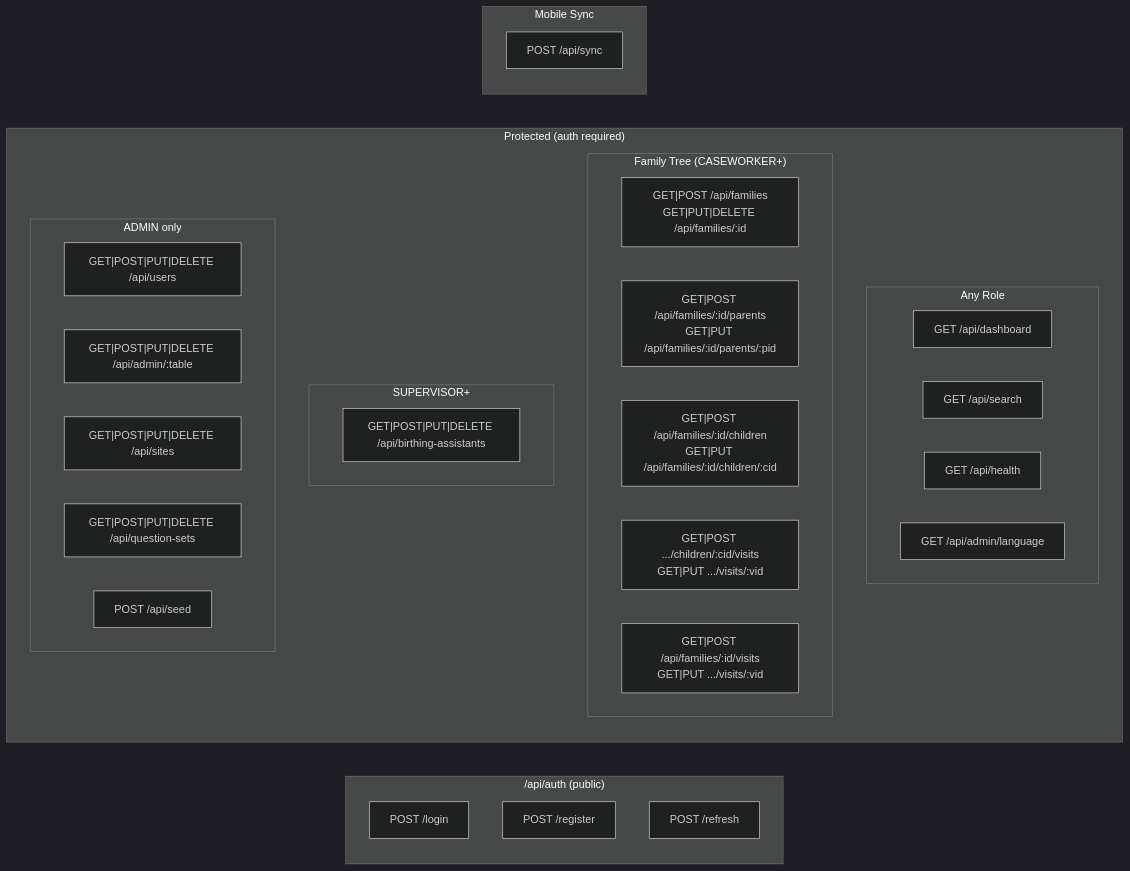
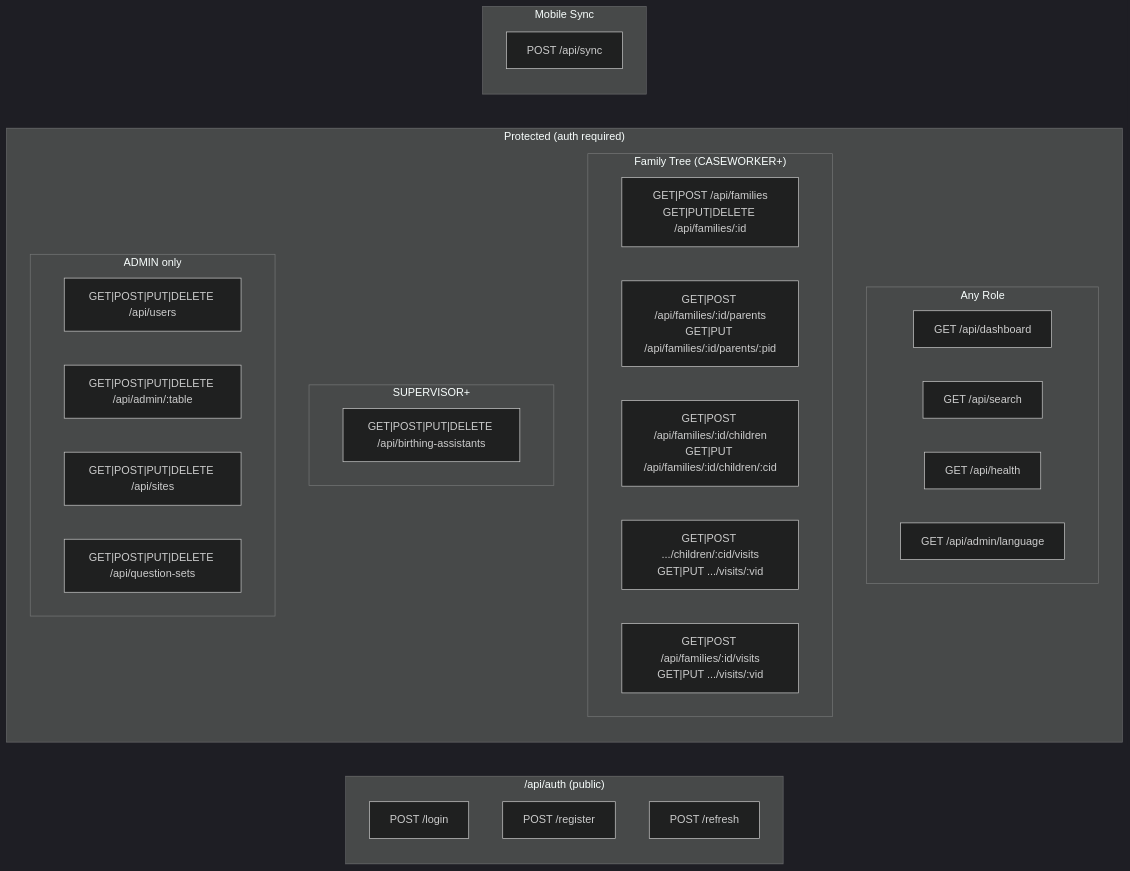
One commit to the-humble-village/naru_website changed the fourth of 10 diagrams in ARCHITECTURE.md. Above: the diagram before and after it, drawn with Mermaid (dark theme). The commit also changed other lines of this file and 6 other files, not shown here.

````diff
--- a/ARCHITECTURE.md
+++ b/ARCHITECTURE.md
@@ -129,41 +127,40 @@
 ```mermaid
 graph LR
     subgraph Public["/api/auth (public)"]
         Login["POST /login"]
         Register["POST /register"]
         Refresh["POST /refresh"]
     end
 
     subgraph Protected["Protected (auth required)"]
         subgraph AnyRole["Any Role"]
             Dashboard["GET /api/dashboard"]
             Search["GET /api/search"]
             Health["GET /api/health"]
             Lang["GET /api/admin/language"]
         end
 
         subgraph FamilyTree["Family Tree (CASEWORKER+)"]
             Families["GET|POST /api/families<br/>GET|PUT|DELETE /api/families/:id"]
             Parents["GET|POST /api/families/:id/parents<br/>GET|PUT /api/families/:id/parents/:pid"]
             Children["GET|POST /api/families/:id/children<br/>GET|PUT /api/families/:id/children/:cid"]
             ChildVisits["GET|POST .../children/:cid/visits<br/>GET|PUT .../visits/:vid"]
             FamilyVisits["GET|POST /api/families/:id/visits<br/>GET|PUT .../visits/:vid"]
         end
 
         subgraph SupervisorPlus["SUPERVISOR+"]
             BA["GET|POST|PUT|DELETE /api/birthing-assistants"]
         end
 
         subgraph AdminOnly["ADMIN only"]
             Users["GET|POST|PUT|DELETE /api/users"]
             AdminLookups["GET|POST|PUT|DELETE /api/admin/:table"]
             Sites["GET|POST|PUT|DELETE /api/sites"]
             QSets["GET|POST|PUT|DELETE /api/question-sets"]
-            Seed["POST /api/seed"]
         end
     end
 
     subgraph MobileSync["Mobile Sync"]
         Sync["POST /api/sync"]
     end
 ```
````
